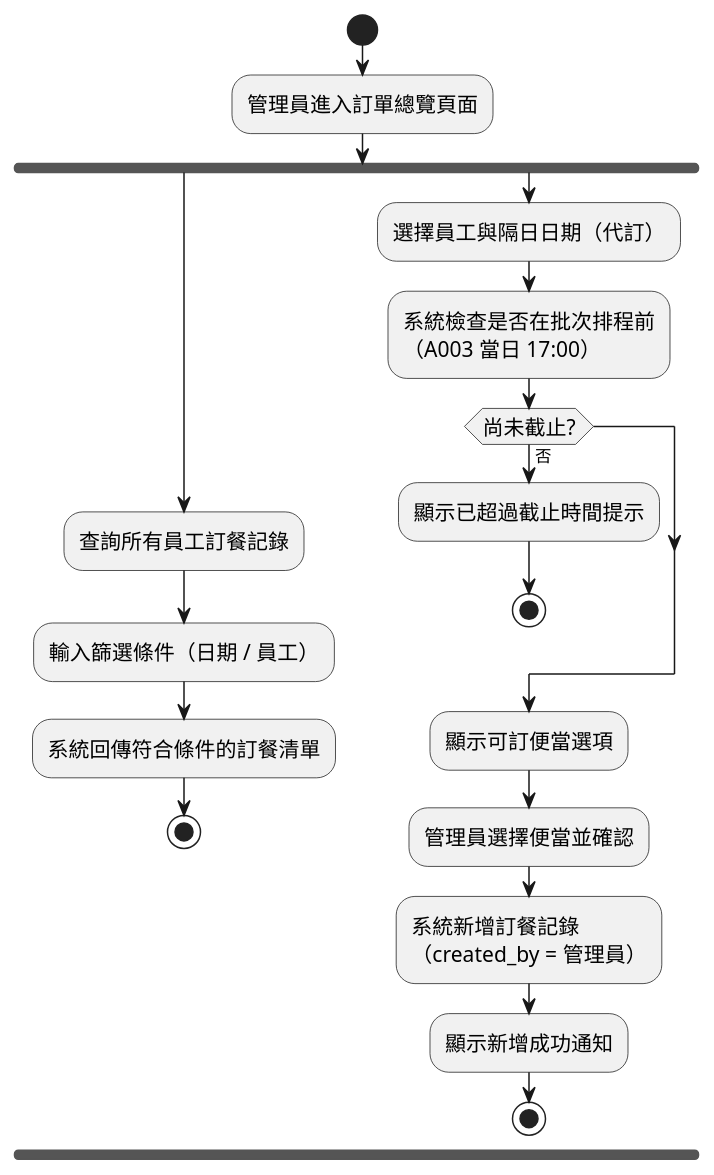
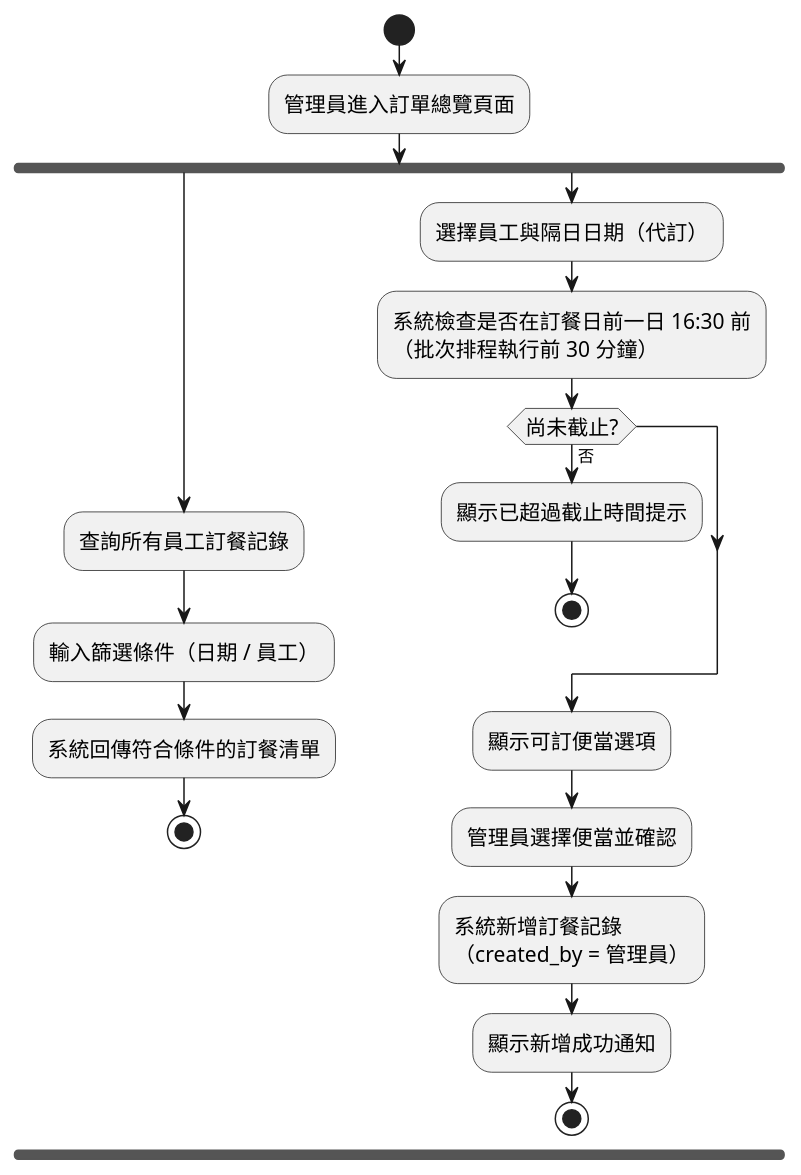
The diagram in output/A006/A006-activity.puml (teyhawzhe/bento-uml), drawn with PlantUML before and after one commit. The commit also changed 2 other files, not shown here.

```diff
--- a/output/A006/A006-activity.puml
+++ b/output/A006/A006-activity.puml
@@ -1,29 +1,29 @@
 @startuml A006-activity
 skinparam activityFontSize 14
 start
 
 :管理員進入訂單總覽頁面;
 
 fork
     :查詢所有員工訂餐記錄;
     :輸入篩選條件（日期 / 員工）;
     :系統回傳符合條件的訂餐清單;
     stop
 
 fork again
     :選擇員工與隔日日期（代訂）;
-    :系統檢查是否在批次排程前\n（A003 當日 17:00）;
+    :系統檢查是否在訂餐日前一日 16:30 前\n（批次排程執行前 30 分鐘）;
 
     if (尚未截止?) then (否)
         :顯示已超過截止時間提示;
         stop
     endif
 
     :顯示可訂便當選項;
     :管理員選擇便當並確認;
     :系統新增訂餐記錄\n（created_by = 管理員）;
     :顯示新增成功通知;
     stop
 
 end fork
 @enduml
```
